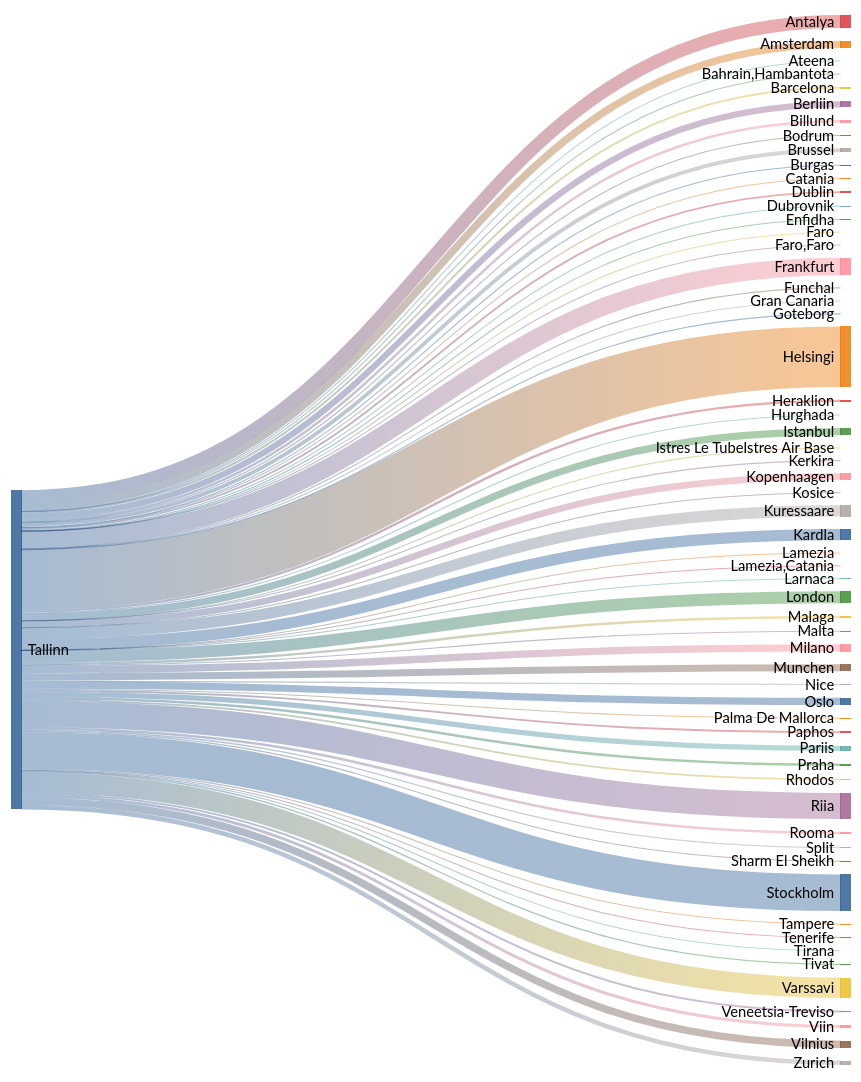
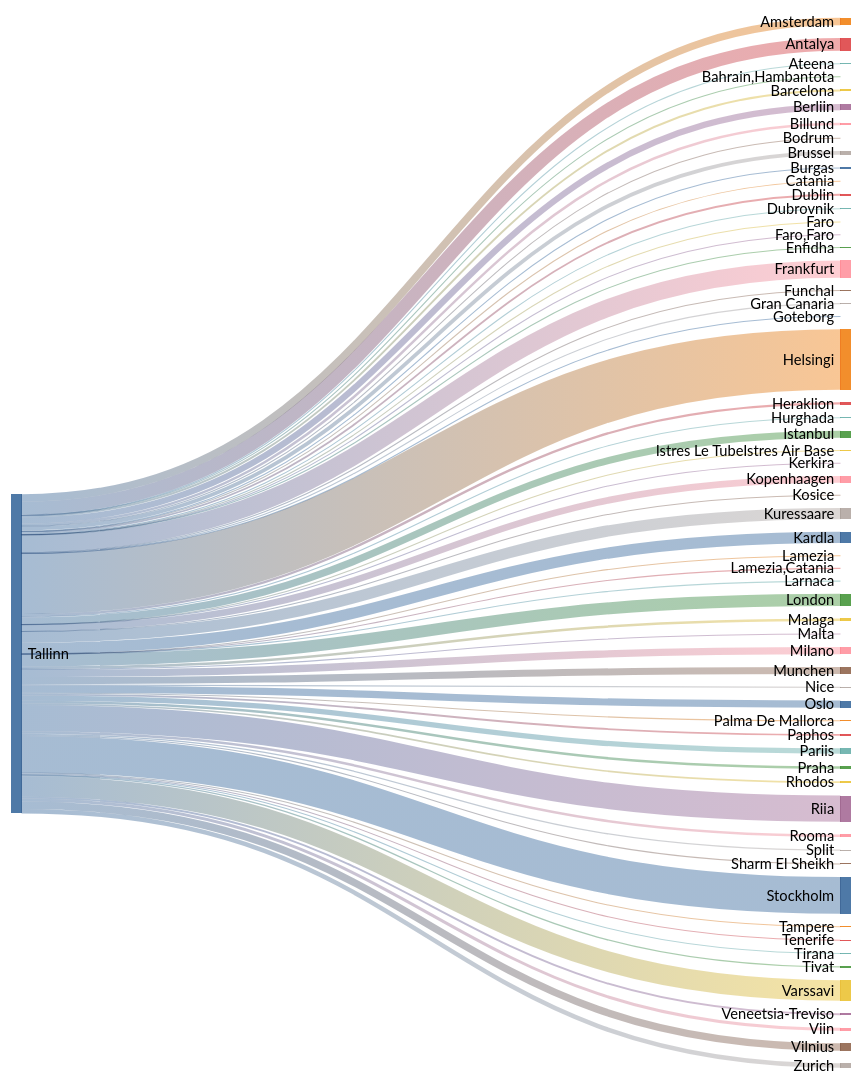
One commit to rainermesi/tll-airport-departures changed the second of 2 diagrams in README.md. Above: the diagram before and after it, drawn with Mermaid (neutral theme). The commit also changed other lines of this file, not shown here.

````diff
--- a/README.md
+++ b/README.md
@@ -34,72 +34,72 @@
 ```mermaid
 ---
 config:
   sankey:
     showValues: false
     width: 800
     height: 1000
 ---
 sankey-beta
 %% source,target,value
-Tallinn,Amsterdam,143
-Tallinn,Antalya,250
+Tallinn,Amsterdam,145
+Tallinn,Antalya,251
 Tallinn,Ateena,16
 Tallinn,"Bahrain,Hambantota",1
 Tallinn,Barcelona,37
-Tallinn,Berliin,120
+Tallinn,Berliin,121
 Tallinn,Billund,49
 Tallinn,Bodrum,11
 Tallinn,Brussel,73
 Tallinn,Burgas,21
 Tallinn,Catania,2
 Tallinn,Dublin,36
 Tallinn,Dubrovnik,21
 Tallinn,Enfidha,7
 Tallinn,Faro,4
 Tallinn,"Faro,Faro",1
-Tallinn,Frankfurt,337
+Tallinn,Frankfurt,340
 Tallinn,Funchal,5
 Tallinn,Gran Canaria,12
 Tallinn,Goteborg,1
-Tallinn,Helsingi,1169
+Tallinn,Helsingi,1175
 Tallinn,Heraklion,46
 Tallinn,Hurghada,17
-Tallinn,Istanbul,138
+Tallinn,Istanbul,139
 Tallinn,Istres Le TubeIstres Air Base,2
 Tallinn,Kerkira,4
-Tallinn,Kopenhaagen,129
+Tallinn,Kopenhaagen,130
 Tallinn,Kosice,1
-Tallinn,Kuressaare,217
-Tallinn,Kardla,217
+Tallinn,Kuressaare,219
+Tallinn,Kardla,219
 Tallinn,Lamezia,1
 Tallinn,"Lamezia,Catania",3
 Tallinn,Larnaca,4
-Tallinn,London,232
-Tallinn,Malaga,48
+Tallinn,London,234
+Tallinn,Malaga,49
 Tallinn,Malta,15
-Tallinn,Milano,142
+Tallinn,Milano,143
 Tallinn,Munchen,138
 Tallinn,Nice,25
-Tallinn,Oslo,139
+Tallinn,Oslo,140
 Tallinn,Palma De Mallorca,19
-Tallinn,Paphos,35
-Tallinn,Pariis,102
+Tallinn,Paphos,36
+Tallinn,Pariis,103
 Tallinn,Praha,49
 Tallinn,Rhodos,32
-Tallinn,Riia,505
+Tallinn,Riia,509
 Tallinn,Rooma,49
 Tallinn,Sharm El Sheikh,21
 Tallinn,Split,25
-Tallinn,Stockholm,708
+Tallinn,Stockholm,711
 Tallinn,Tampere,17
-Tallinn,Tenerife,17
+Tallinn,Tenerife,18
 Tallinn,Tirana,8
 Tallinn,Tivat,26
-Tallinn,Varssavi,393
-Tallinn,Veneetsia-Treviso,36
-Tallinn,Viin,57
-Tallinn,Vilnius,142
+Tallinn,Varssavi,397
+Tallinn,Veneetsia-Treviso,37
+Tallinn,Viin,58
+Tallinn,Vilnius,143
 Tallinn,Zurich,88
 
 
 ```
````
